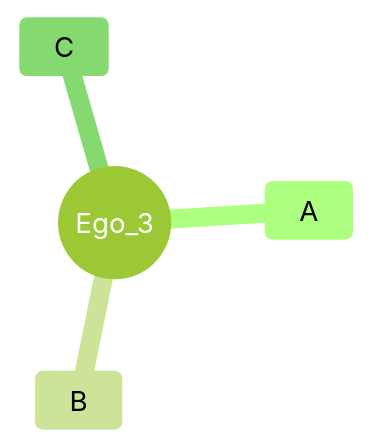
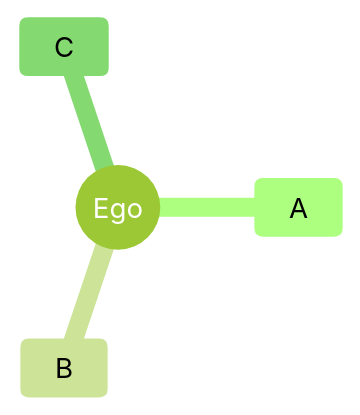
The diagram in learning/na101-basics/learn.md (czrpb/networkanalysis), drawn with Mermaid (forest theme) before and after one commit. The commit also changed other lines of this file, not shown here.

Commit message:
updates: 20231119-145533

````diff
--- a/learning/na101-basics/learn.md
+++ b/learning/na101-basics/learn.md
@@ -35,7 +35,7 @@
 ```mermaid
 mindmap
-  root(("Ego_3"))
+  root(("Ego"))
     A
     B
     C
 ```
````
